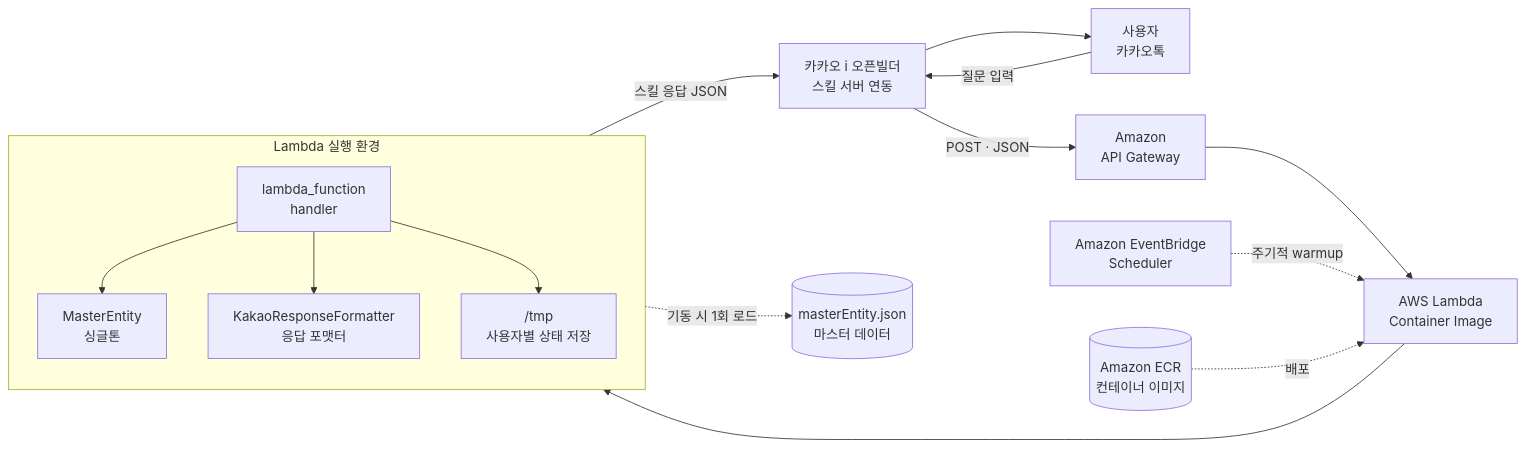
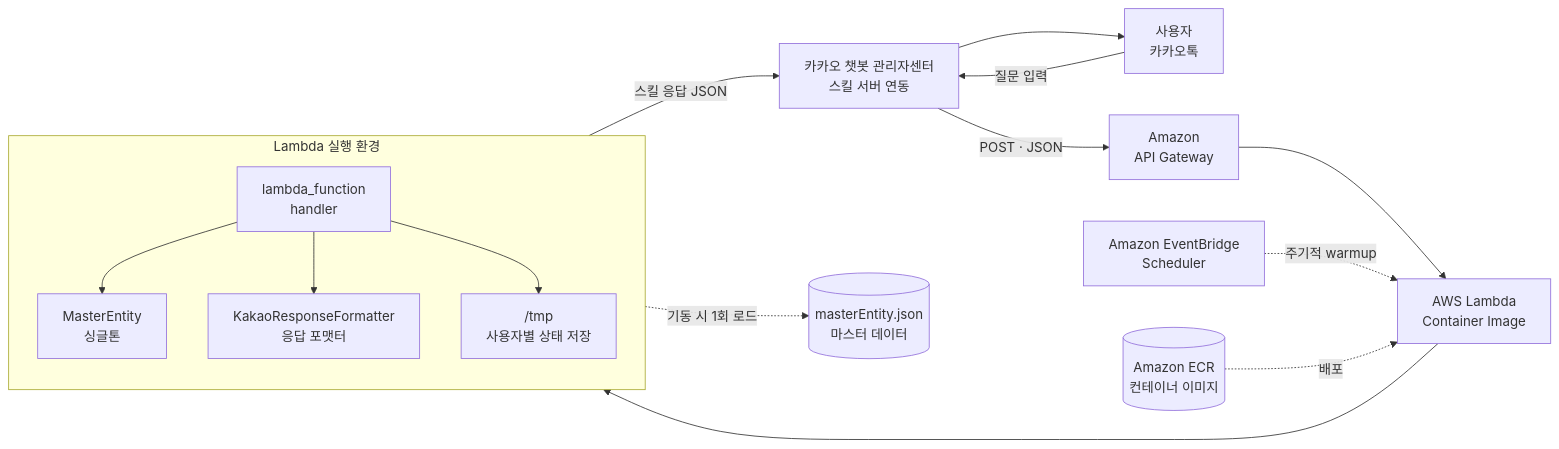
The first of 3 diagrams in README.md (minjaejeon0827/KakaoChatbot), drawn with Mermaid before and after one commit. The commit also changed other lines of this file, not shown here.

````diff
--- a/README.md
+++ b/README.md
@@ -143,24 +143,24 @@
 ```mermaid
 flowchart LR
-    U["사용자<br/>카카오톡"] -->|"질문 입력"| KB["카카오 i 오픈빌더<br/>스킬 서버 연동"]
+    U["사용자<br/>카카오톡"] -->|"질문 입력"| KB["카카오 챗봇 관리자센터<br/>스킬 서버 연동"]
     KB -->|"POST · JSON"| AG["Amazon<br/>API Gateway"]
     AG --> L["AWS Lambda<br/>Container Image"]
 
     subgraph LAMBDA["Lambda 실행 환경"]
         direction TB
         H["lambda_function<br/>handler"]
         S["MasterEntity<br/>싱글톤"]
         K["KakaoResponseFormatter<br/>응답 포맷터"]
         T["/tmp<br/>사용자별 상태 저장"]
         H --> S
         H --> K
         H --> T
     end
 
     L --> LAMBDA
     S -.->|"기동 시 1회 로드"| J[("masterEntity.json<br/>마스터 데이터")]
     EB["Amazon EventBridge<br/>Scheduler"] -.->|"주기적 warmup"| L
     ECR[("Amazon ECR<br/>컨테이너 이미지")] -.->|"배포"| L
     LAMBDA -->|"스킬 응답 JSON"| KB
     KB --> U
 ```
````
